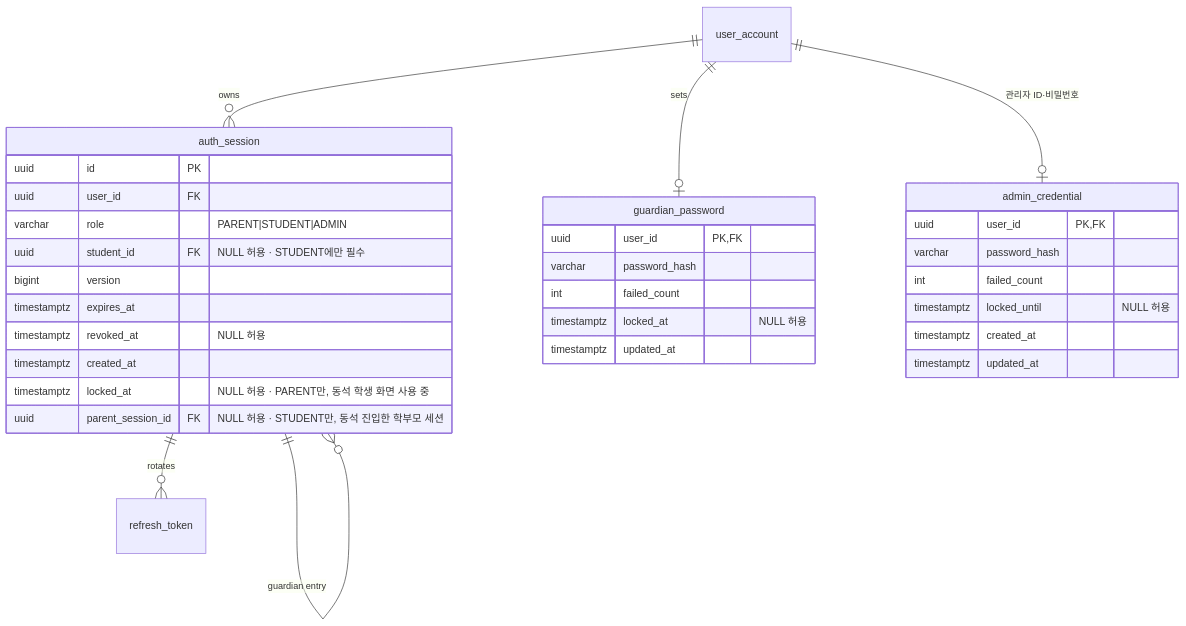
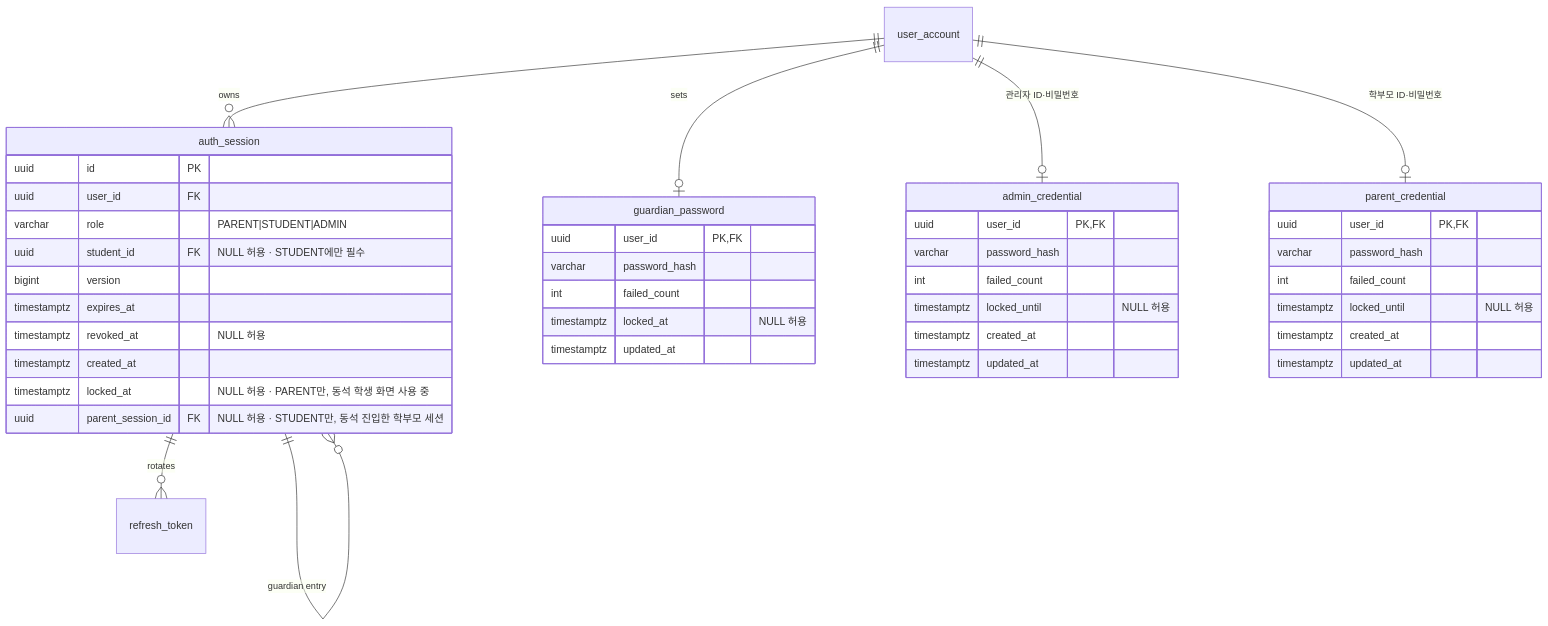
Before and after one commit to SKNETWORKS-FAMILY-AICAMP/SKN34-FINAL-3TEAM: the second of 14 diagrams in docs/design/erd.md, drawn with Mermaid. The commit also changed other lines of this file and 61 other files, not shown here.

First line of the commit message:
feat: 학부모 ID·비밀번호 가입·로그인과 부하 시험 계정 준비

````diff
--- a/docs/design/erd.md
+++ b/docs/design/erd.md
@@ -220,35 +220,44 @@
 ```mermaid
 erDiagram
   user_account ||--o{ auth_session : owns
   user_account ||--o| guardian_password : sets
   user_account ||--o| admin_credential : "관리자 ID·비밀번호"
+  user_account ||--o| parent_credential : "학부모 ID·비밀번호"
   auth_session ||--o{ refresh_token : rotates
   auth_session ||--o{ auth_session : "guardian entry"
   auth_session {
     uuid id PK
     uuid user_id FK
     varchar role "PARENT|STUDENT|ADMIN"
     uuid student_id FK "NULL 허용 · STUDENT에만 필수"
     bigint version
     timestamptz expires_at
     timestamptz revoked_at "NULL 허용"
     timestamptz created_at
     timestamptz locked_at "NULL 허용 · PARENT만, 동석 학생 화면 사용 중"
     uuid parent_session_id FK "NULL 허용 · STUDENT만, 동석 진입한 학부모 세션"
   }
   guardian_password {
     uuid user_id PK,FK
     varchar password_hash
     int failed_count
     timestamptz locked_at "NULL 허용"
     timestamptz updated_at
   }
   admin_credential {
     uuid user_id PK,FK
     varchar password_hash
     int failed_count
     timestamptz locked_until "NULL 허용"
     timestamptz created_at
     timestamptz updated_at
   }
+  parent_credential {
+    uuid user_id PK,FK
+    varchar password_hash
+    int failed_count
+    timestamptz locked_until "NULL 허용"
+    timestamptz created_at
+    timestamptz updated_at
+  }
 ```
````
